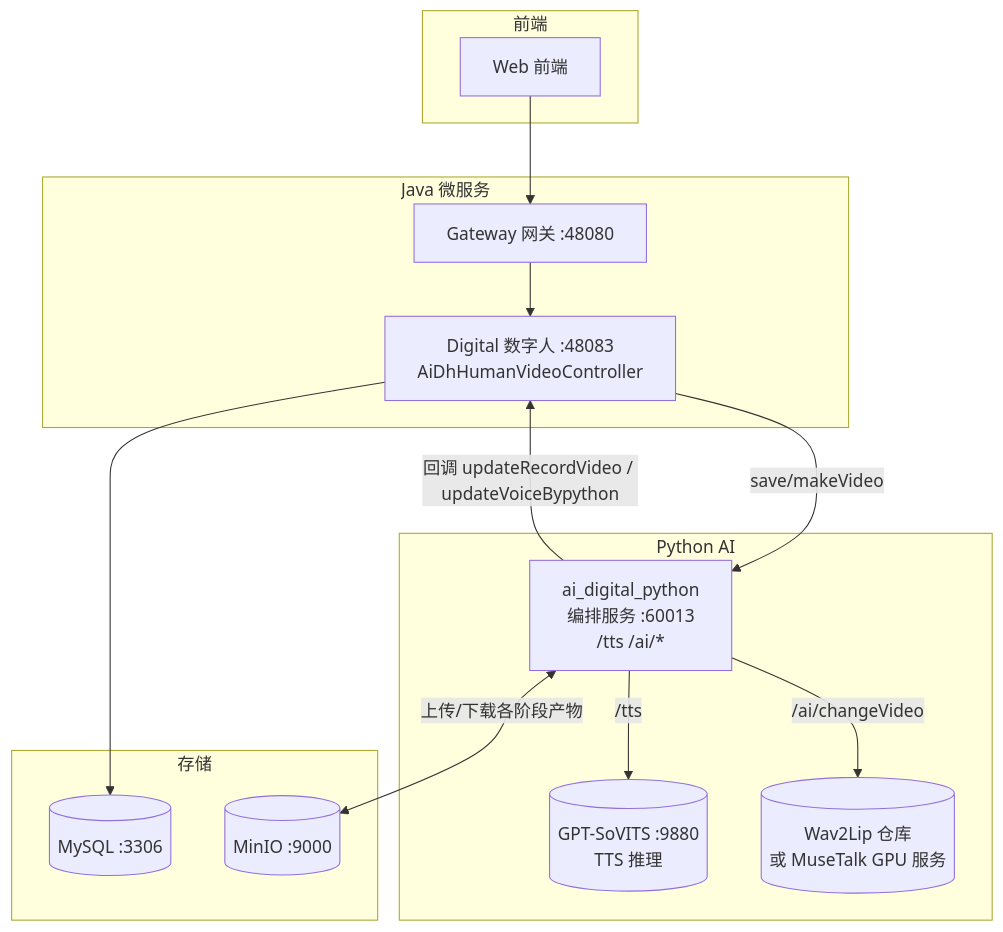
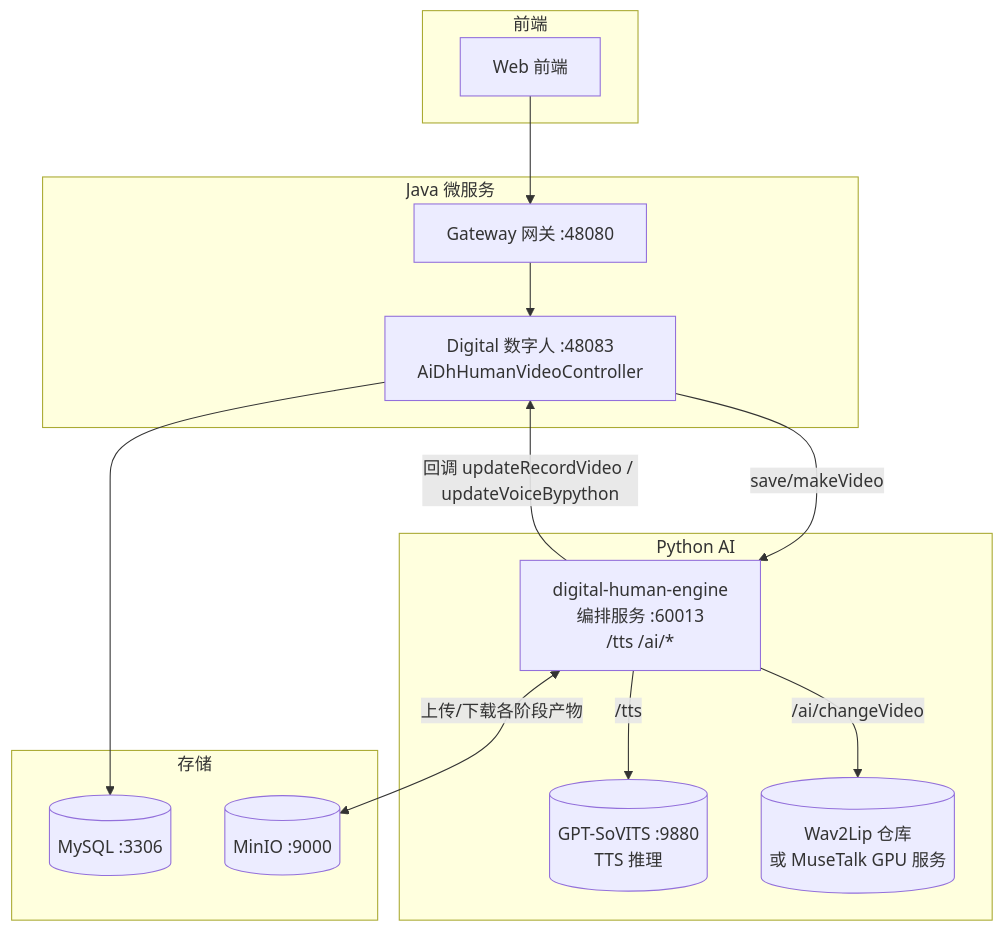
The second of 2 diagrams in doc/视频创作完整时序.md (dongjb741280/digital-human-server), drawn with Mermaid before and after one commit. The commit also changed other lines of this file and 4 other files, not shown here.

Commit message:
docs: doc 目录 ai_digital_python 统一改名为 digital-human-engine

````diff
--- a/doc/视频创作完整时序.md
+++ b/doc/视频创作完整时序.md
@@ -226,30 +226,30 @@
 ```mermaid
 flowchart TB
     subgraph 前端
         FE[Web 前端]
     end
 
     subgraph Java 微服务
         GW[Gateway 网关 :48080]
         DIG[Digital 数字人 :48083<br/>AiDhHumanVideoController]
     end
 
     subgraph Python AI
-        ORCH[ai_digital_python<br/>编排服务 :60013<br/>/tts /ai/*]
+        ORCH[digital-human-engine<br/>编排服务 :60013<br/>/tts /ai/*]
         GSV[(GPT-SoVITS :9880<br/>TTS 推理)]
         LIP[(Wav2Lip 仓库<br/>或 MuseTalk GPU 服务)]
     end
 
     subgraph 存储
         MYSQL[(MySQL :3306)]
         MINIO[(MinIO :9000)]
     end
 
     FE --> GW --> DIG
     DIG --> MYSQL
     DIG -->|"save/makeVideo"| ORCH
     ORCH -->|"/tts"| GSV
     ORCH -->|"/ai/changeVideo"| LIP
     ORCH -->|"回调 updateRecordVideo / updateVoiceBypython"| DIG
     ORCH <-->|"上传/下载各阶段产物"| MINIO
 ```
````
